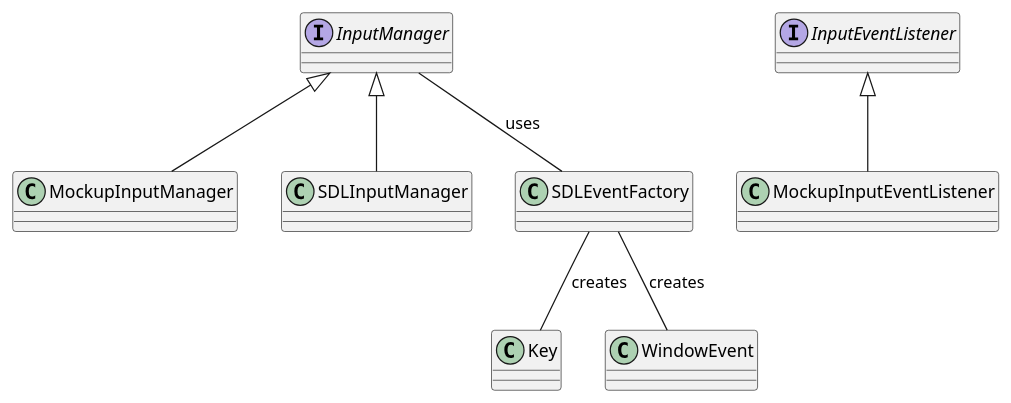
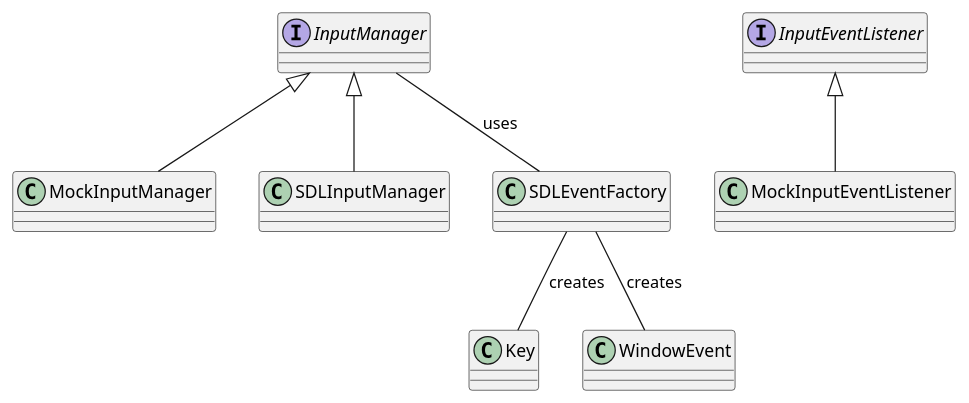
One commit to asrob-uc3m/robotDevastation-developer-manual changed the diagram in en/input-management.md. Above: the diagram before and after it, drawn with PlantUML. The commit also changed 10 other files, not shown here.

First line of the commit message:
Replace 'Mockup' with 'Mock'

```diff
--- a/en/input-management.md
+++ b/en/input-management.md
@@ -11,27 +11,27 @@
 {% plantuml %}
 
 interface InputManager 
  
-Class MockupInputManager
+Class MockInputManager
  
-InputManager <|-- MockupInputManager
+InputManager <|-- MockInputManager
  
 InputManager <|-- SDLInputManager 
 
 interface InputEventListener
   
-class MockupInputEventListener
+class MockInputEventListener
  
-InputEventListener <|-- MockupInputEventListener
+InputEventListener <|-- MockInputEventListener
 
 class Key
 
 class WindowEvent
 
 class SDLEventFactory
 
 SDLEventFactory  -- Key : creates
 SDLEventFactory -- WindowEvent : creates
 InputManager -- SDLEventFactory : uses
 
 {% endplantuml %}
```
